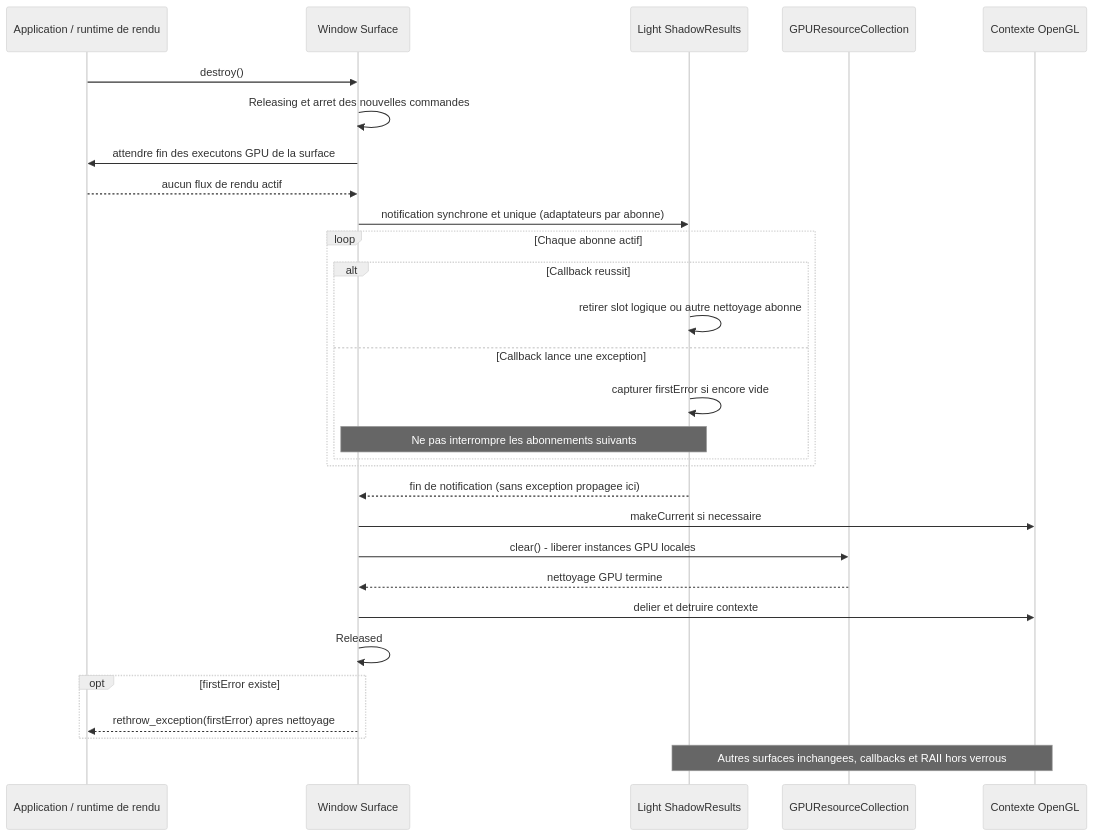
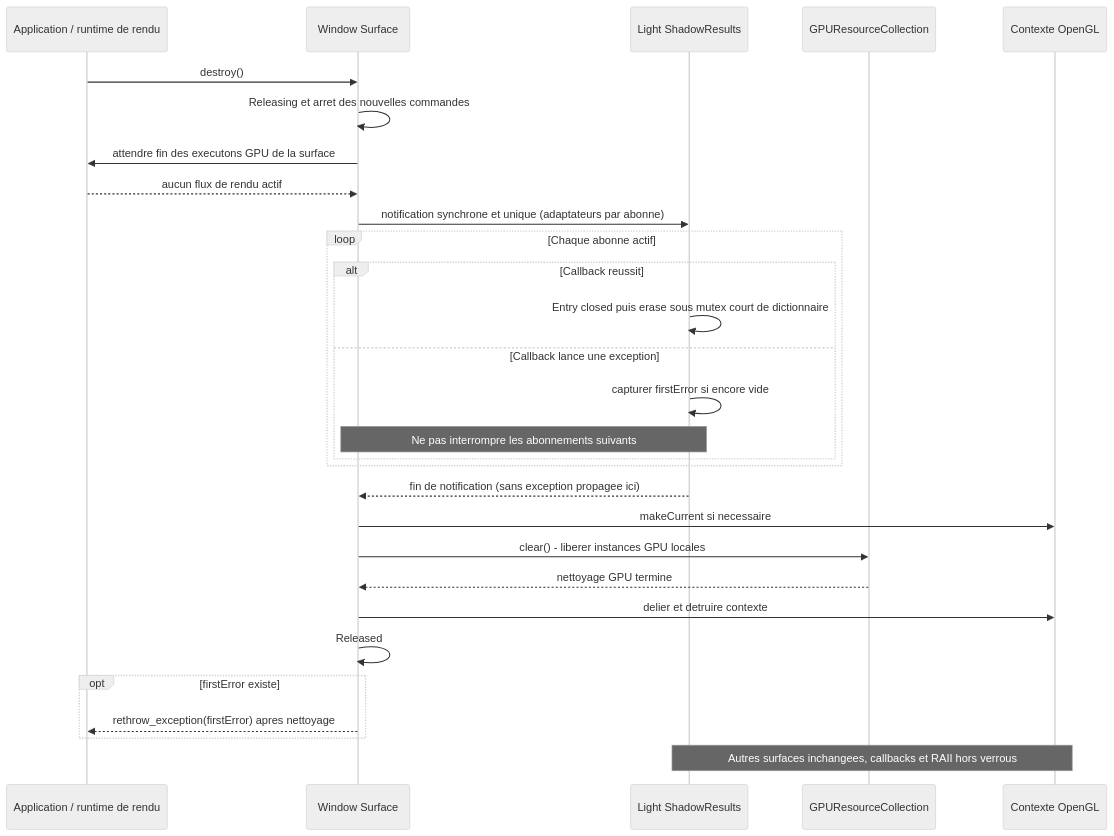
Before and after one commit to EreliaStudio/Sparkle: the fifth of 18 diagrams in docs/voxel-engine-v0.1.4/08-lumieres-et-ombres.md, drawn with Mermaid (neutral theme). The commit also changed other lines of this file and 4 other files, not shown here.

````diff
--- a/docs/voxel-engine-v0.1.4/08-lumieres-et-ombres.md
+++ b/docs/voxel-engine-v0.1.4/08-lumieres-et-ombres.md
@@ -205,31 +213,31 @@
 ```mermaid
 sequenceDiagram
   participant A as Application / runtime de rendu
   participant S as Window Surface
   participant R as Light ShadowResults
   participant G as GPUResourceCollection
   participant GL as Contexte OpenGL
   A->>S: destroy()
   S->>S: Releasing et arret des nouvelles commandes
   S->>A: attendre fin des executons GPU de la surface
   A-->>S: aucun flux de rendu actif
   S->>R: notification synchrone et unique (adaptateurs par abonne)
   loop Chaque abonne actif
     alt Callback reussit
-      R->>R: retirer slot logique ou autre nettoyage abonne
+      R->>R: Entry closed puis erase sous mutex court de dictionnaire
     else Callback lance une exception
       R->>R: capturer firstError si encore vide
       Note over S,R: Ne pas interrompre les abonnements suivants
     end
   end
   R-->>S: fin de notification (sans exception propagee ici)
   S->>GL: makeCurrent si necessaire
   S->>G: clear() - liberer instances GPU locales
   G-->>S: nettoyage GPU termine
   S->>GL: delier et detruire contexte
   S->>S: Released
   opt firstError existe
     S-->>A: rethrow_exception(firstError) apres nettoyage
   end
   Note over R,GL: Autres surfaces inchangees, callbacks et RAII hors verrous
 ```
````
